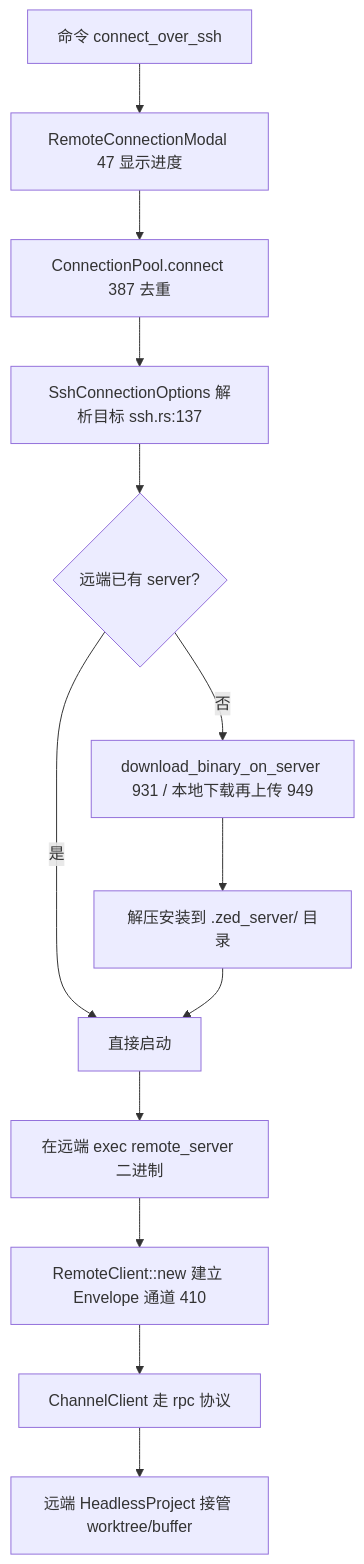
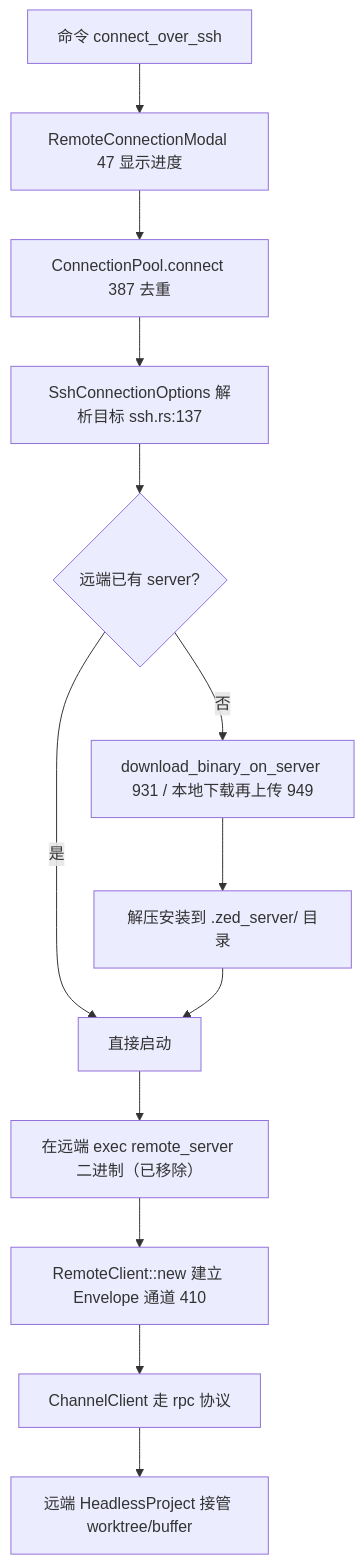
One commit to rzhangjing/zed changed the diagram in wiki/Remote-Development.md. Above: the diagram before and after it, drawn with Mermaid. The commit also changed other lines of this file and 50 other files, not shown here.

````diff
--- a/wiki/Remote-Development.md
+++ b/wiki/Remote-Development.md
@@ -30,15 +30,15 @@
 ```mermaid
 graph TB
     A[命令 connect_over_ssh] --> B[RemoteConnectionModal 47 显示进度]
     B --> C[ConnectionPool.connect 387 去重]
     C --> D[SshConnectionOptions 解析目标 ssh.rs:137]
     D --> E{远端已有 server?}
     E -->|否| F[download_binary_on_server 931 / 本地下载再上传 949]
     F --> G[解压安装到 .zed_server/ 目录]
     E -->|是| H[直接启动]
     G --> H
-    H --> I[在远端 exec remote_server 二进制]
+    H --> I["在远端 exec remote_server 二进制（已移除）"]
     I --> J[RemoteClient::new 建立 Envelope 通道 410]
     J --> K[ChannelClient 走 rpc 协议]
     K --> L[远端 HeadlessProject 接管 worktree/buffer]
 ```
````
